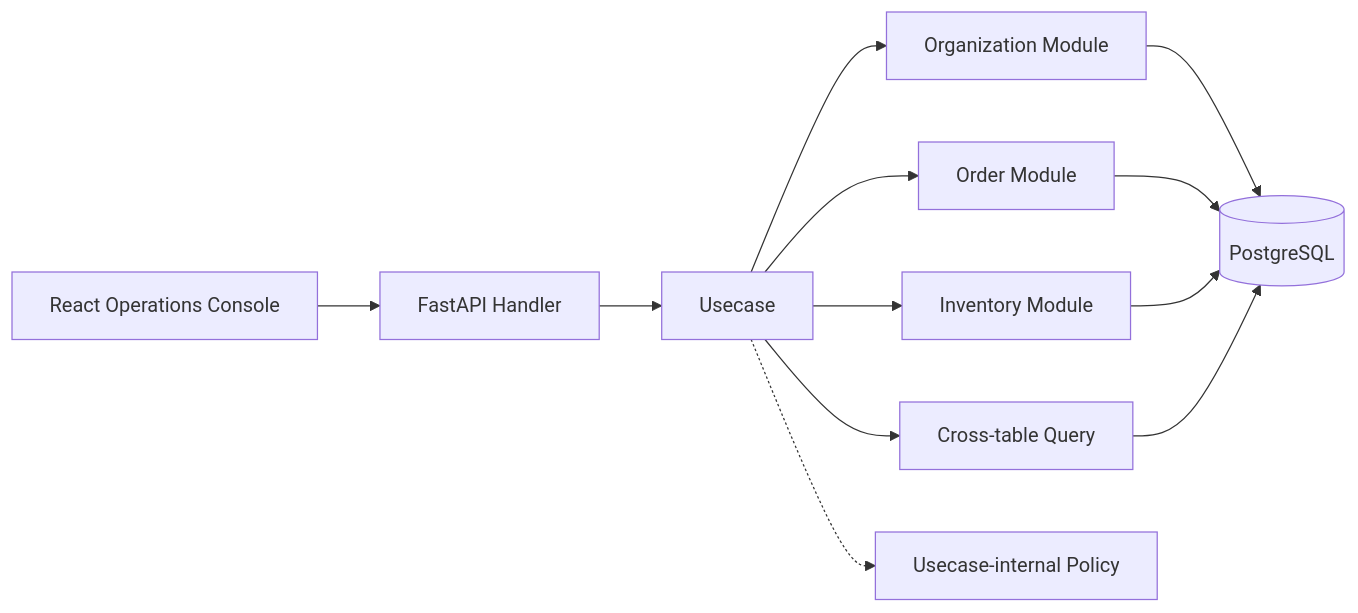
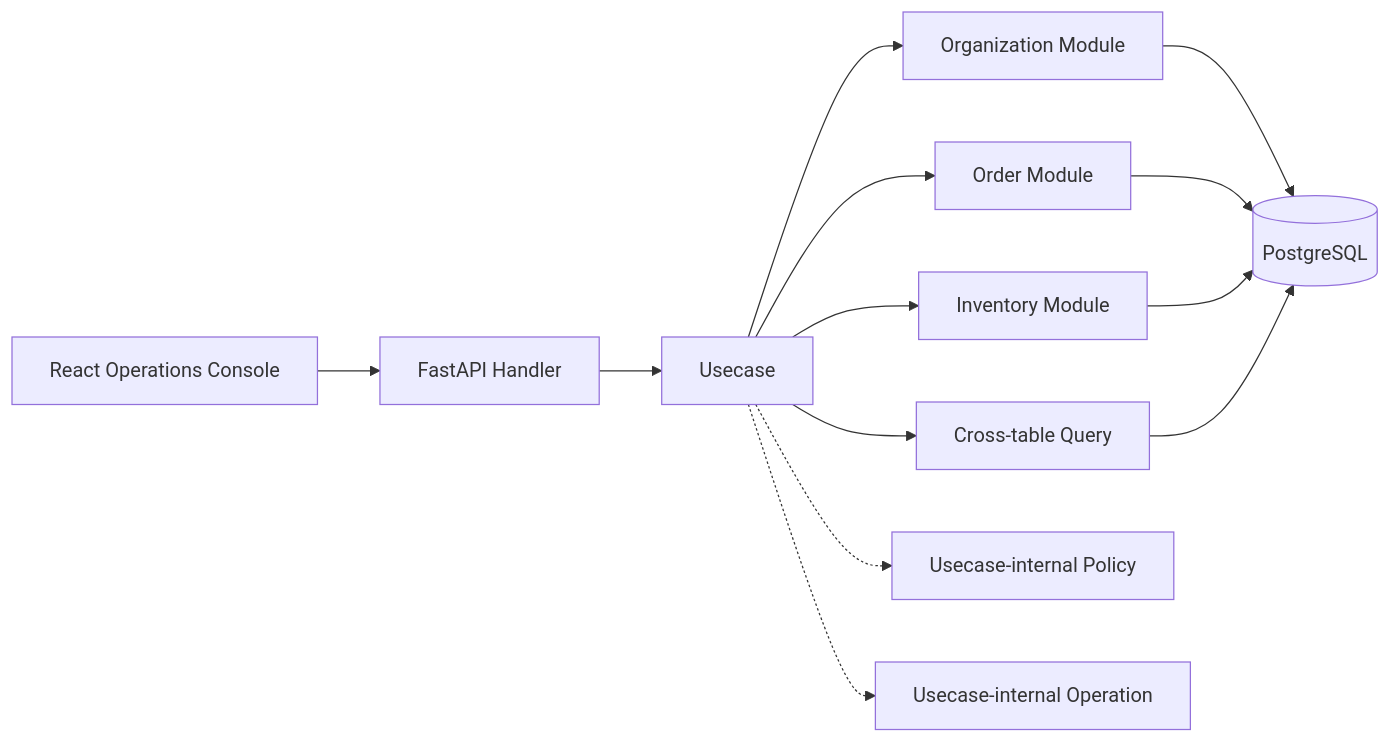
The second of 2 diagrams in README.md (kodaimura/humq-sample), drawn with Mermaid before and after one commit. The commit also changed other lines of this file and 38 other files, not shown here.

````diff
--- a/README.md
+++ b/README.md
@@ -43,14 +43,15 @@
 ```mermaid
 flowchart LR
     UI["React Operations Console"] --> API["FastAPI Handler"]
     API --> UC["Usecase"]
     UC --> M1["Organization Module"]
     UC --> M2["Order Module"]
     UC --> M3["Inventory Module"]
     UC --> Q["Cross-table Query"]
     UC -.-> P["Usecase-internal Policy"]
+    UC -.-> O["Usecase-internal Operation"]
     M1 --> DB[(PostgreSQL)]
     M2 --> DB
     M3 --> DB
     Q --> DB
 ```
````
